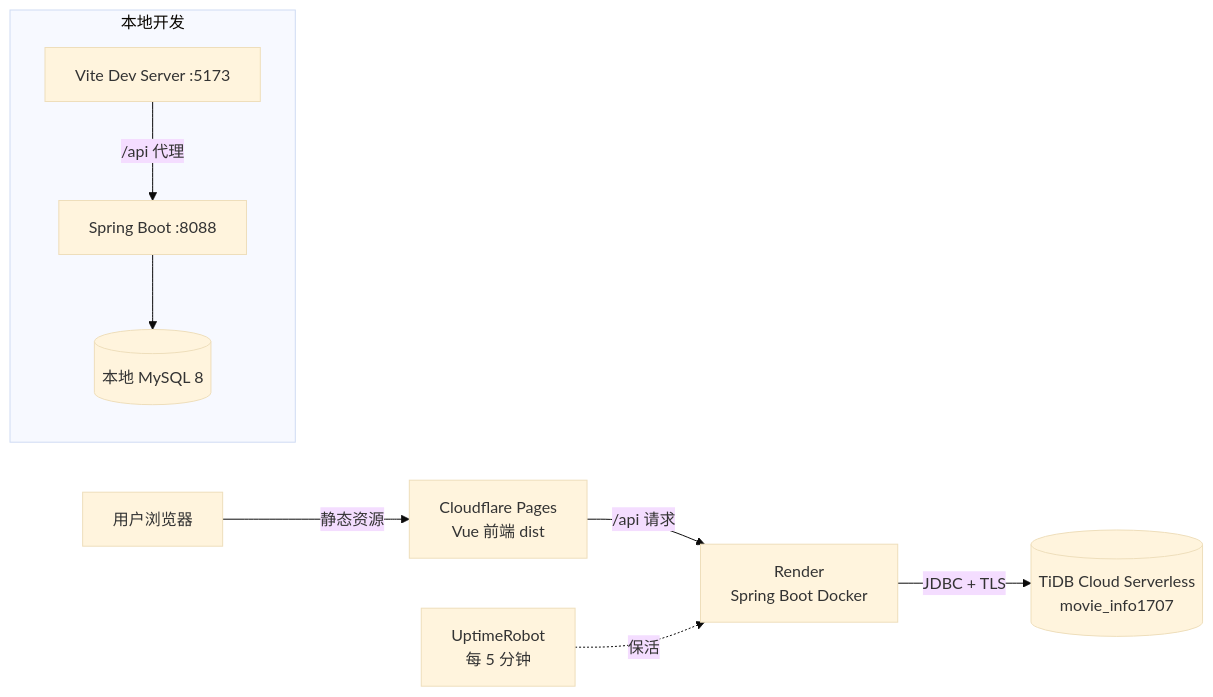
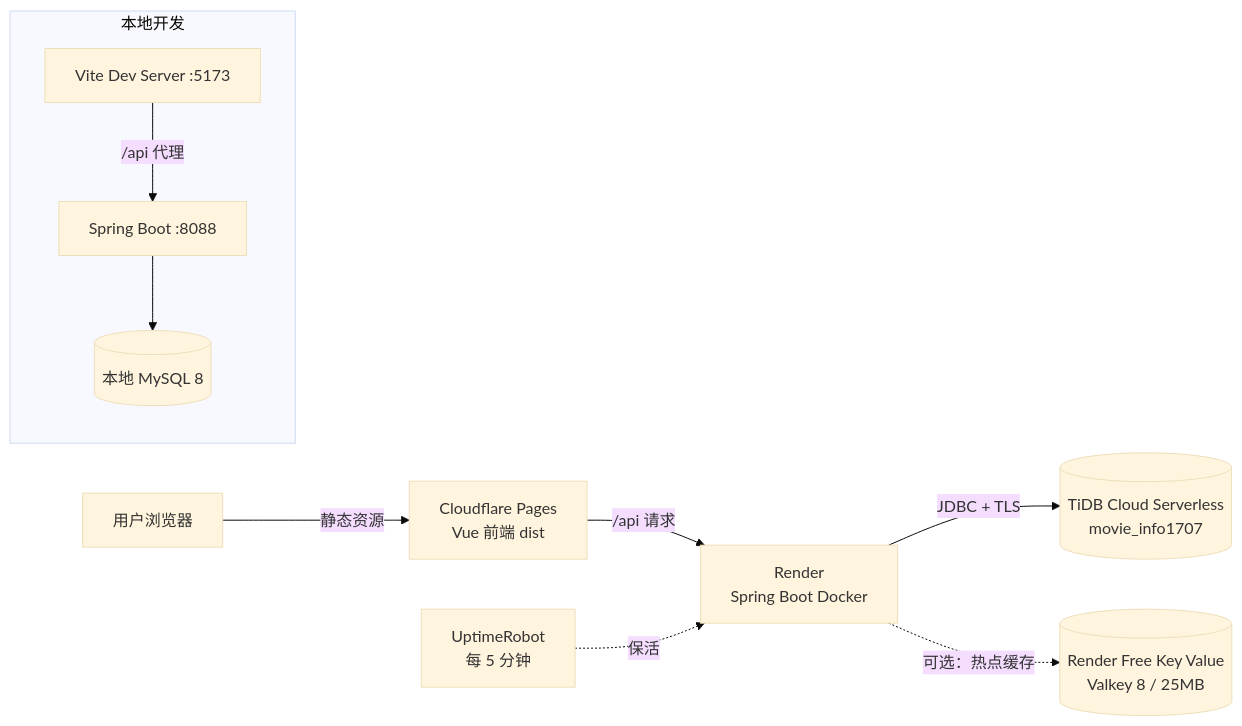
The diagram in README.md (qngfng826/DBProject), drawn with Mermaid (base theme) before and after one commit. The commit also changed other lines of this file and 8 other files, not shown here.

````diff
--- a/README.md
+++ b/README.md
@@ -51,12 +52,13 @@
 ```mermaid
 flowchart LR
     U[用户浏览器] -->|静态资源| CF[Cloudflare Pages<br/>Vue 前端 dist]
     CF -->|/api 请求| R[Render<br/>Spring Boot Docker]
     R -->|JDBC + TLS| DB[(TiDB Cloud Serverless<br/>movie_info1707)]
+    R -.->|可选：热点缓存| KV[(Render Free Key Value<br/>Valkey 8 / 25MB)]
     UH[UptimeRobot<br/>每 5 分钟] -.->|保活| R
 
     subgraph 本地开发
         V[Vite Dev Server :5173] -->|/api 代理| B[Spring Boot :8088]
         B --> M[(本地 MySQL 8)]
     end
 ```
````
